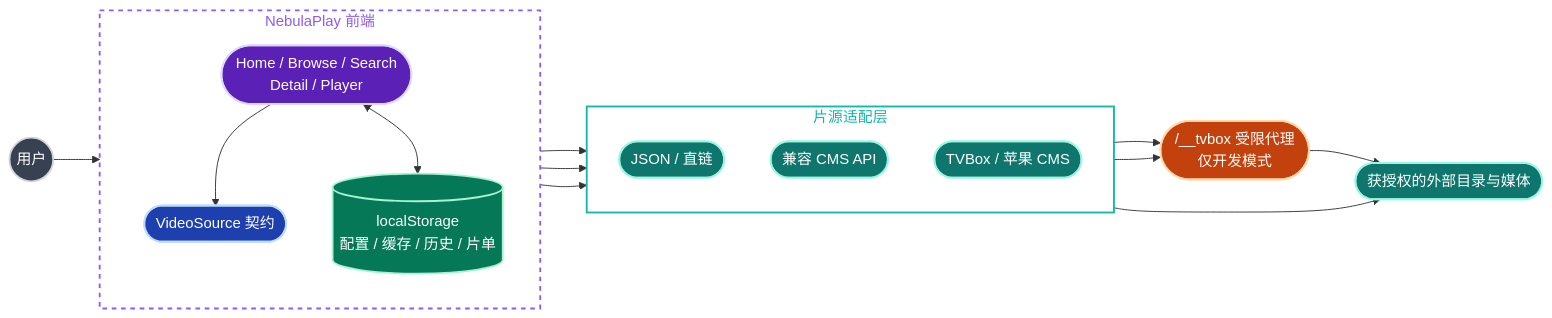
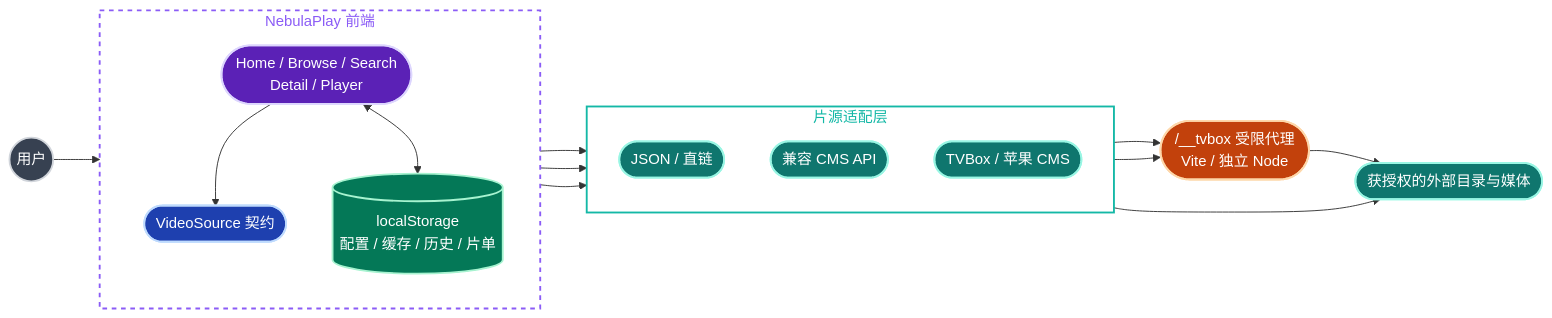
The diagram in README.md (mesavin13-droid/NebulaPlay), drawn with Mermaid before and after one commit. The commit also changed other lines of this file and 38 other files, not shown here.

````diff
--- a/README.md
+++ b/README.md
@@ -153,42 +170,42 @@
 ```mermaid
 flowchart LR
     classDef user fill:#374151,stroke:#d1d5db,stroke-width:2px,color:#fff
     classDef ui fill:#5b21b6,stroke:#ddd6fe,stroke-width:2px,color:#fff
     classDef contract fill:#1e40af,stroke:#bfdbfe,stroke-width:2px,color:#fff
     classDef source fill:#0f766e,stroke:#99f6e4,stroke-width:2px,color:#fff
     classDef proxy fill:#c2410c,stroke:#fed7aa,stroke-width:2px,color:#fff
     classDef storage fill:#047857,stroke:#a7f3d0,stroke-width:2px,color:#fff
 
     User((用户)):::user
 
     subgraph App["NebulaPlay 前端"]
         direction TB
         UI(["Home / Browse / Search<br/>Detail / Player"]):::ui
         VS(["VideoSource 契约"]):::contract
         Store[("localStorage<br/>配置 / 缓存 / 历史 / 片单")]:::storage
         UI --> VS
         UI <--> Store
     end
 
     subgraph Adapters["片源适配层"]
         direction TB
         Local(["JSON / 直链"]):::source
         CMS(["兼容 CMS API"]):::source
         TV(["TVBox / 苹果 CMS"]):::source
     end
 
-    Proxy(["/__tvbox 受限代理<br/>仅开发模式"]):::proxy
+    Proxy(["/__tvbox 受限代理<br/>Vite / 独立 Node"]):::proxy
     External(["获授权的外部目录与媒体"]):::source
 
     User --> UI
     VS --> Local
     VS --> CMS
     VS --> TV
     Local --> External
     CMS --> Proxy
     TV --> Proxy
     Proxy --> External
 
     style App fill:none,stroke:#8b5cf6,stroke-width:2px,stroke-dasharray:5 5,color:#8b5cf6
     style Adapters fill:none,stroke:#14b8a6,stroke-width:2px,color:#14b8a6
 ```
````
